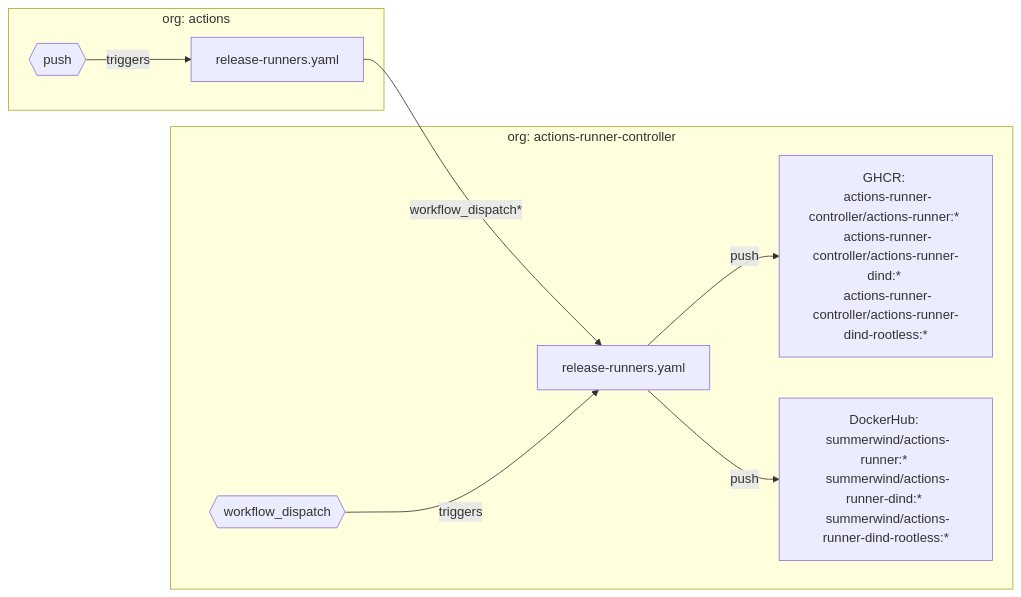
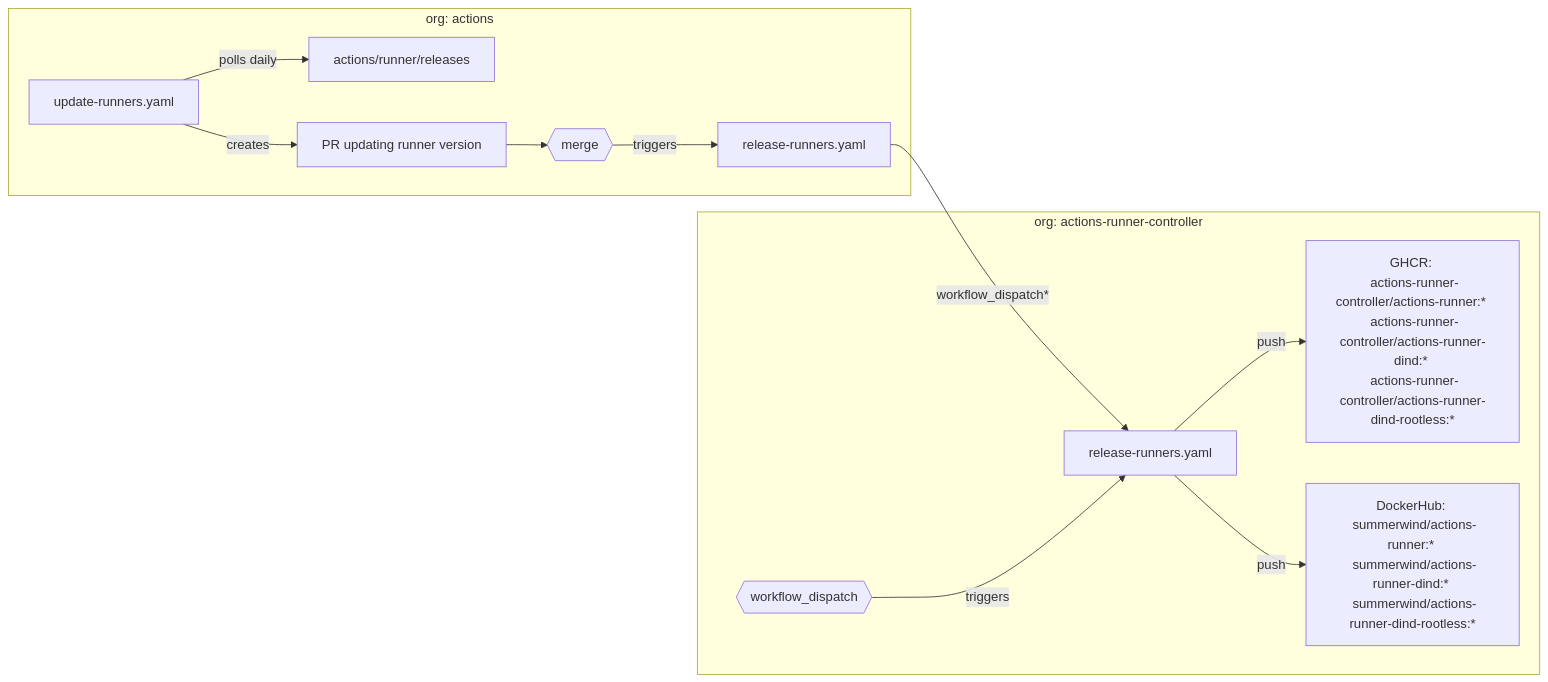
The first of 3 diagrams in README.md (actions-runner-controller/releases), drawn with Mermaid before and after one commit.

Commit message:
Update readme with new automated runner updates

````diff
--- a/README.md
+++ b/README.md
@@ -11,12 +11,15 @@
 ```mermaid
 flowchart LR
     workflow["release-runners.yaml"] -- workflow_dispatch* --> workflow_b["release-runners.yaml"]
     subgraph org: actions
-    event_a{{"push"}} -- triggers --> workflow["release-runners.yaml"]
+    update_runners_workflow["update-runners.yaml"] -- polls daily --> runner_releases["actions/runner/releases"]
+    update_runners_workflow -- creates --> runner_update_pr["PR updating runner version"]
+    runner_update_pr --> runner_update_pr_merge{{"merge"}}
+    runner_update_pr_merge -- triggers --> workflow["release-runners.yaml"]
     end
     subgraph org: actions-runner-controller
     workflow_b["release-runners.yaml"] -- push --> A["GHCR: \n actions-runner-controller/actions-runner:* \n actions-runner-controller/actions-runner-dind:* \n actions-runner-controller/actions-runner-dind-rootless:*"]
     workflow_b["release-runners.yaml"] -- push --> B["DockerHub: \n summerwind/actions-runner:* \n summerwind/actions-runner-dind:* \n summerwind/actions-runner-dind-rootless:*"]
     event_b{{"workflow_dispatch"}} -- triggers --> workflow_b["release-runners.yaml"]
     end
 ```
````
